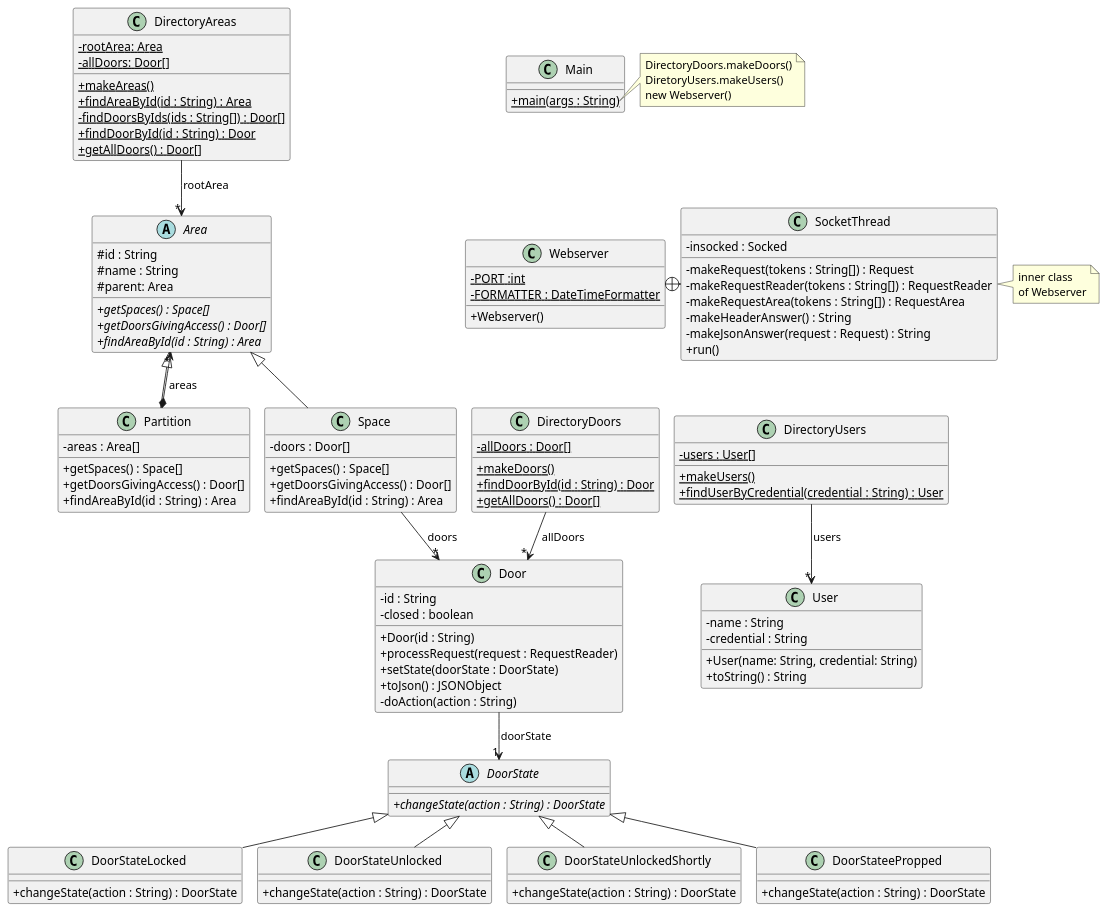
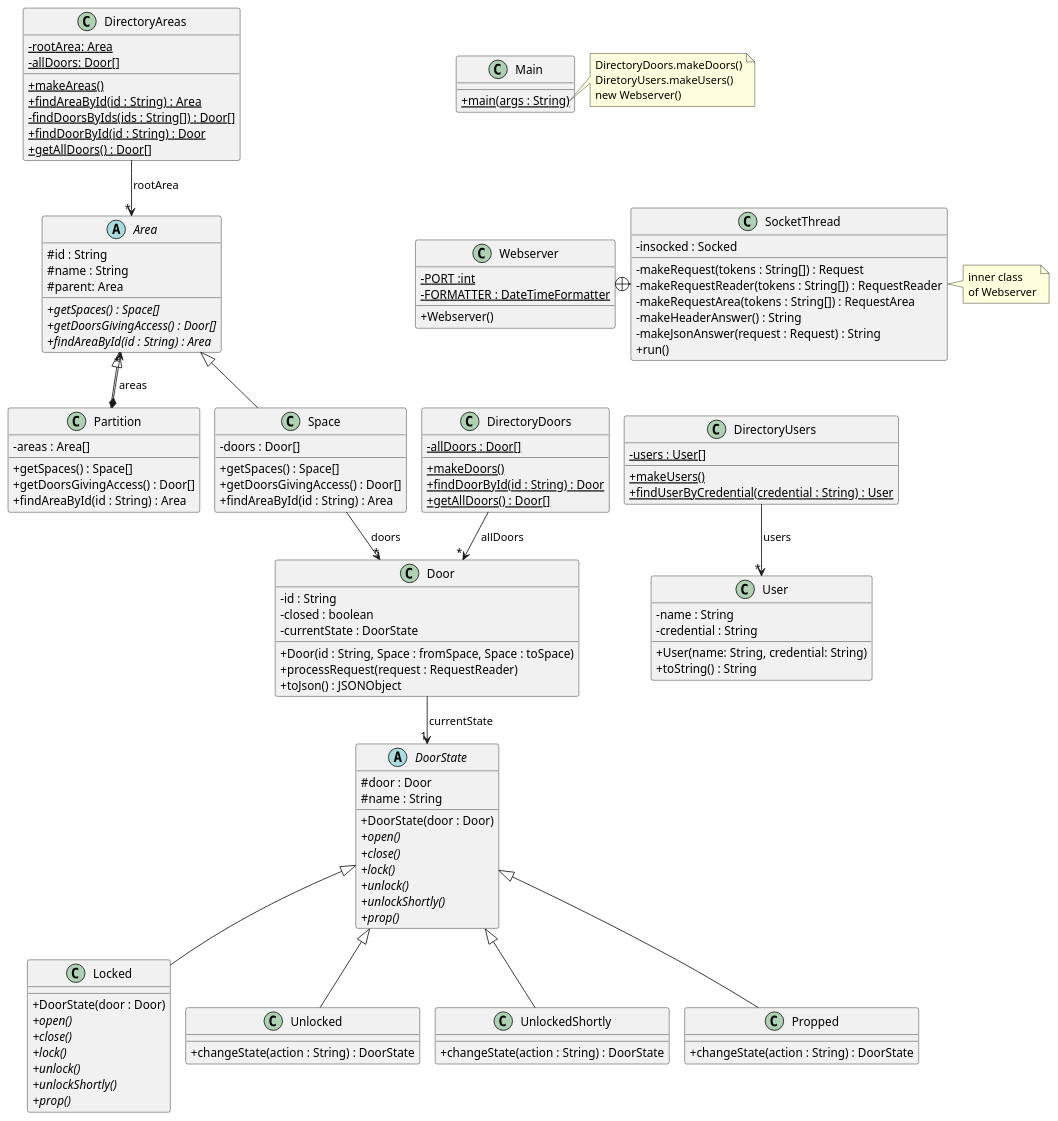
Before and after one commit to cantepoler/acs_uab: the diagram in src/baseNoStates/uml/base_no_states.puml, drawn with PlantUML. The commit also changed 11 other files, not shown here.

Commit message:
Door states Unlocked and Locked working. Partitions working only for hall.

```diff
--- a/src/baseNoStates/uml/base_no_states.puml
+++ b/src/baseNoStates/uml/base_no_states.puml
@@ -1,142 +1,156 @@
 @startuml
 'https://plantuml.com/class-diagram
 skinparam classAttributeIconSize 0
 !pragma layout smetana
 
 class Webserver {
 - {static} PORT :int
 - {static} FORMATTER : DateTimeFormatter
 + Webserver()
 }
 
 class SocketThread {
 - insocked : Socked
 - makeRequest(tokens : String[]) : Request
 - makeRequestReader(tokens : String[]) : RequestReader
 - makeRequestArea(tokens : String[]) : RequestArea
 - makeHeaderAnswer() : String
 - makeJsonAnswer(request : Request) : String
 + run()
 }
 
 Webserver +-right- SocketThread
 
 note right of SocketThread
 inner class
 of Webserver
 end note
 
 class DirectoryAreas
 {
 {static}-rootArea: Area
 {static}-allDoors: Door[]
 {static}+makeAreas()
 {static}+findAreaById(id : String) : Area
 {static}-findDoorsByIds(ids : String[]) : Door[]
 {static}+findDoorById(id : String) : Door
 {static}+getAllDoors() : Door[]
 }
 
 DirectoryAreas --> "*" Area : "rootArea"
 
 class DirectoryDoors {
 - {static} allDoors : Door[]
 + {static} makeDoors()
 + {static} findDoorById(id : String) : Door
 + {static} getAllDoors() : Door[]
 }
 
 DirectoryDoors --> "*" Door : "allDoors"
 
 class DirectoryUsers {
 - {static} users : User[]
 + {static} makeUsers()
 + {static} findUserByCredential(credential : String) : User
 }
 
 DirectoryUsers --> "*" User : "users"
 
 class Door {
 - id : String
 - closed : boolean
-+ Door(id : String)
+- currentState : DoorState
++ Door(id : String, Space : fromSpace, Space : toSpace)
 + processRequest(request : RequestReader)
-+ setState(doorState : DoorState)
 + toJson() : JSONObject
+
 '+ toString() : String
 '+ isClosed() :boolean
 '+ setClosed(b : boolean)
 '+ getStateName() : String
-- doAction(action : String)
 
 }
 
 
 class User {
 - name : String
 - credential : String
 + User(name: String, credential: String)
 + toString() : String
 }
 
 
 class Main {
 + {static} main(args : String)
 }
 
 abstract DoorState{
-{abstract}+ changeState(action : String) : DoorState
+# door : Door
+# name : String
++ DoorState(door : Door)
+{abstract}+ open()
+{abstract}+ close()
+{abstract}+ lock()
+{abstract}+ unlock()
+{abstract}+ unlockShortly()
+{abstract}+ prop()
 }
 
-class DoorStateLocked extends DoorState{
+class Locked extends DoorState{
++ DoorState(door : Door)
+{abstract}+ open()
+{abstract}+ close()
+{abstract}+ lock()
+{abstract}+ unlock()
+{abstract}+ unlockShortly()
+{abstract}+ prop()
+}
+
+class Unlocked extends DoorState{
 + changeState(action : String) : DoorState
 }
 
-class DoorStateUnlocked extends DoorState{
+class UnlockedShortly extends DoorState{
 + changeState(action : String) : DoorState
 }
 
-class DoorStateUnlockedShortly extends DoorState{
-+ changeState(action : String) : DoorState
-}
-
-class DoorStateePropped extends DoorState{
+class Propped extends DoorState{
 + changeState(action : String) : DoorState
 }
 
 abstract Area{
 #id : String
 #name : String
 #parent: Area
 {abstract}+ getSpaces() : Space[]
 {abstract}+ getDoorsGivingAccess() : Door[]
 {abstract}+ findAreaById(id : String) : Area
 }
 
 class Space extends Area{
 - doors : Door[]
 + getSpaces() : Space[]
 + getDoorsGivingAccess() : Door[]
 + findAreaById(id : String) : Area
 }
 
 class Partition extends Area{
 - areas : Area[]
 + getSpaces() : Space[]
 + getDoorsGivingAccess() : Door[]
 + findAreaById(id : String) : Area
 }
 
 note right of Main::main
 DirectoryDoors.makeDoors()
 DiretoryUsers.makeUsers()
 new Webserver()
 end note
 
 Main -[hidden]down- Webserver
 Webserver -[hidden]down- DirectoryDoors
 DirectoryDoors -[hidden]right- DirectoryUsers
-Door -->"1" DoorState : doorState
+Door -->"1" DoorState : currentState
 Partition *-->"*" Area : areas
 Space -->"*" Door : doors
 @enduml
```
